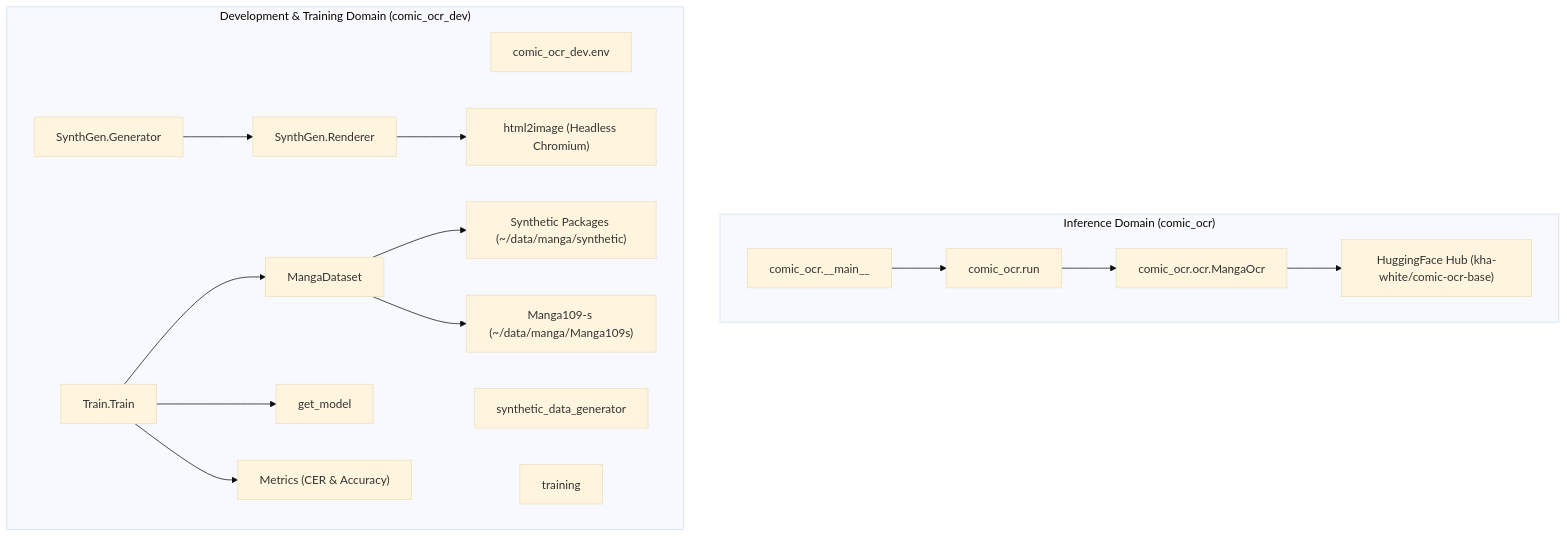
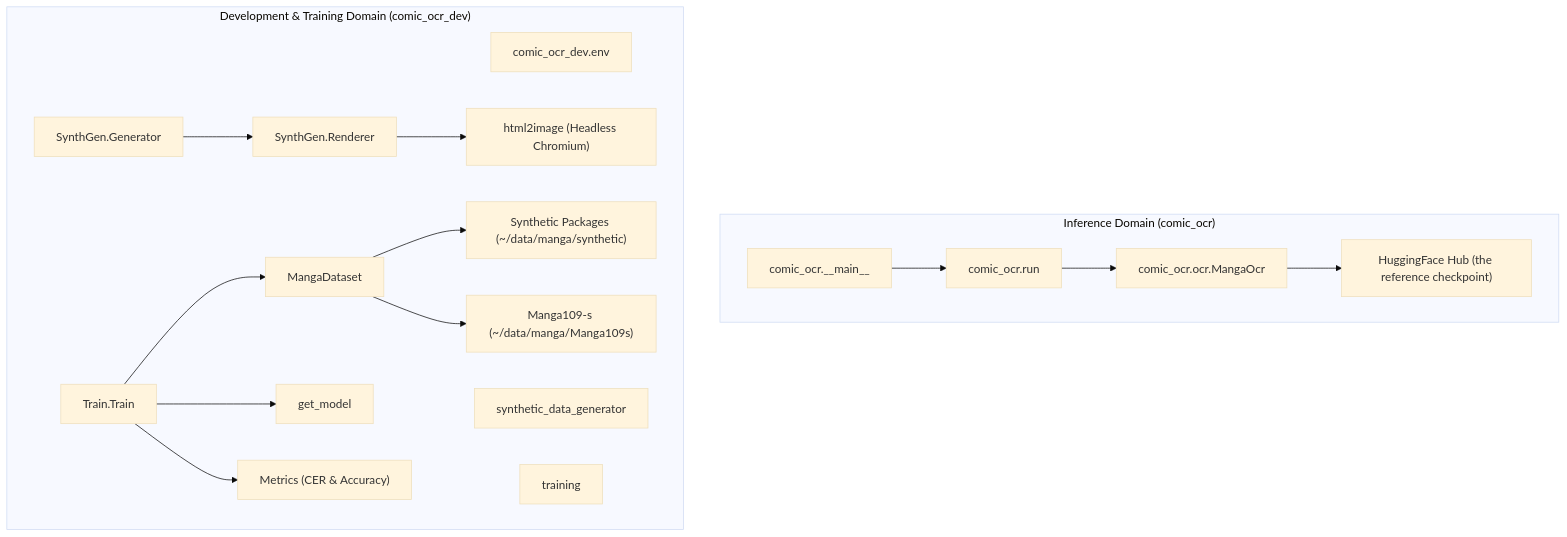
One commit to Anime-Universe/comic-ocr changed the diagram in docs/structure.md. Above: the diagram before and after it, drawn with Mermaid (base theme). The commit also changed 27 other files, not shown here.

First line of the commit message:
Purge the reference checkpoint; model identity becomes configuration

````diff
--- a/docs/structure.md
+++ b/docs/structure.md
@@ -70,23 +70,23 @@
 ```mermaid
 graph TD
     subgraph "Inference Domain (comic_ocr)"
         MMain["comic_ocr.__main__"] --> MRun["comic_ocr.run"]
         MRun --> MOcr["comic_ocr.ocr.MangaOcr"]
-        MOcr --> HuggingFace["HuggingFace Hub (kha-white/comic-ocr-base)"]
+        MOcr --> HuggingFace["HuggingFace Hub (the reference checkpoint)"]
     end
 
     subgraph "Development & Training Domain (comic_ocr_dev)"
         Env["comic_ocr_dev.env"]
         SynthGen["synthetic_data_generator"]
         Train["training"]
 
         SynthGen.Generator --> SynthGen.Renderer
         SynthGen.Renderer --> Html2Image["html2image (Headless Chromium)"]
         
         Train.Train --> Train.Dataset["MangaDataset"]
         Train.Dataset --> DataSynth["Synthetic Packages (~/data/manga/synthetic)"]
         Train.Dataset --> DataManga["Manga109-s (~/data/manga/Manga109s)"]
         Train.Train --> Train.GetModel["get_model"]
         Train.Train --> Train.Metrics["Metrics (CER & Accuracy)"]
     end
 ```
````
